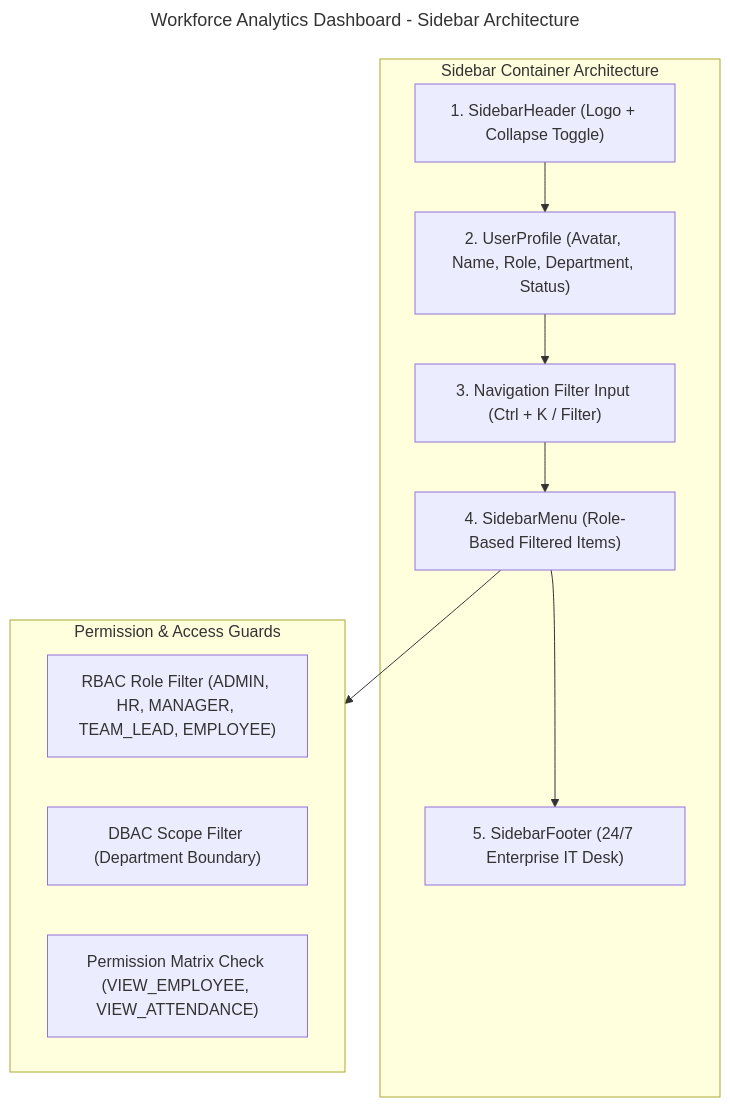
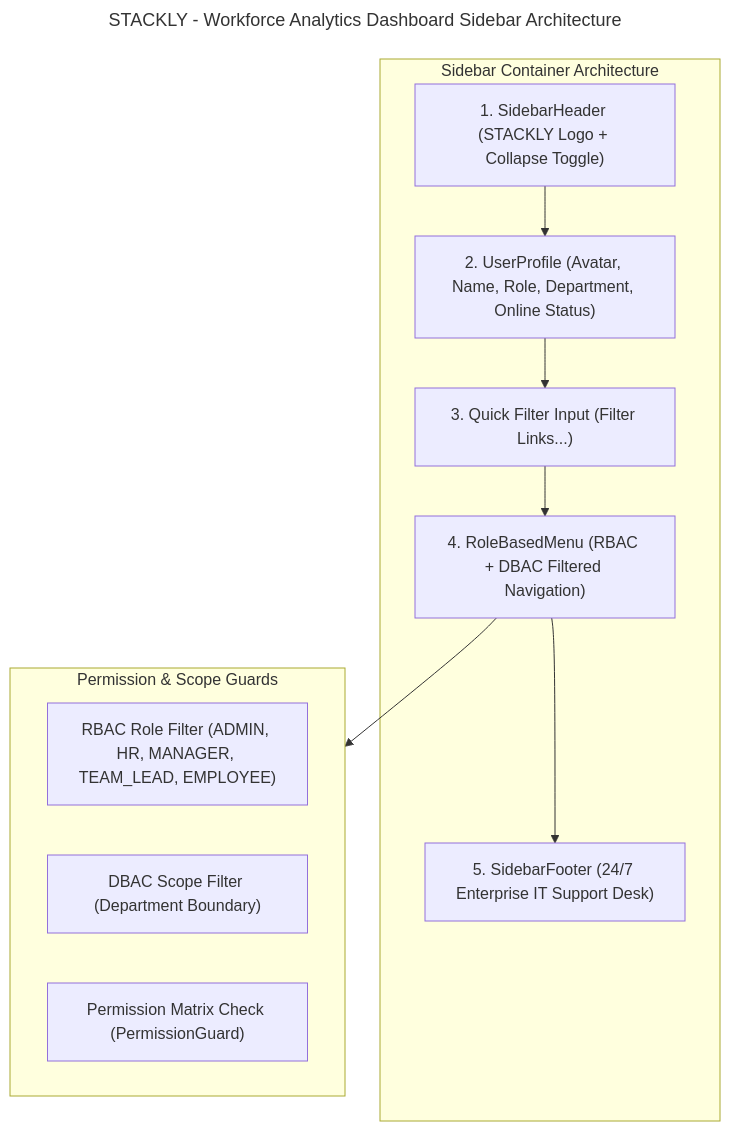
One commit to maheswari-pinneti/WFA-Rolebased-Architecture changed the diagram in docs/architecture/Sidebar-Navigation-Architecture.md. Above: the diagram before and after it, drawn with Mermaid. The commit also changed other lines of this file and 3 other files, not shown here.

Commit message:
Expand STACKLY workforce analytics sidebar navigation architecture with complete role-based submenus and RoleBasedMenu component

````diff
--- a/docs/architecture/Sidebar-Navigation-Architecture.md
+++ b/docs/architecture/Sidebar-Navigation-Architecture.md
@@ -9,26 +9,26 @@
 ```mermaid
 ---
-title: "Workforce Analytics Dashboard - Sidebar Architecture"
+title: "STACKLY - Workforce Analytics Dashboard Sidebar Architecture"
 ---
 flowchart TD
     subgraph LAYOUT["Sidebar Container Architecture"]
-        HEADER["1. SidebarHeader (Logo + Collapse Toggle)"]
-        PROFILE["2. UserProfile (Avatar, Name, Role, Department, Status)"]
-        SEARCH["3. Navigation Filter Input (Ctrl + K / Filter)"]
-        MENU["4. SidebarMenu (Role-Based Filtered Items)"]
-        FOOTER["5. SidebarFooter (24/7 Enterprise IT Desk)"]
+        HEADER["1. SidebarHeader (STACKLY Logo + Collapse Toggle)"]
+        PROFILE["2. UserProfile (Avatar, Name, Role, Department, Online Status)"]
+        SEARCH["3. Quick Filter Input (Filter Links...)"]
+        MENU["4. RoleBasedMenu (RBAC + DBAC Filtered Navigation)"]
+        FOOTER["5. SidebarFooter (24/7 Enterprise IT Support Desk)"]
 
         HEADER --> PROFILE
         PROFILE --> SEARCH
         SEARCH --> MENU
         MENU --> FOOTER
     end
 
-    subgraph GUARDS["Permission & Access Guards"]
+    subgraph GUARDS["Permission & Scope Guards"]
         RBAC["RBAC Role Filter (ADMIN, HR, MANAGER, TEAM_LEAD, EMPLOYEE)"]
         DBAC["DBAC Scope Filter (Department Boundary)"]
-        PERM["Permission Matrix Check (VIEW_EMPLOYEE, VIEW_ATTENDANCE)"]
+        PERM["Permission Matrix Check (PermissionGuard)"]
     end
 
     MENU --> GUARDS
 ```
````
